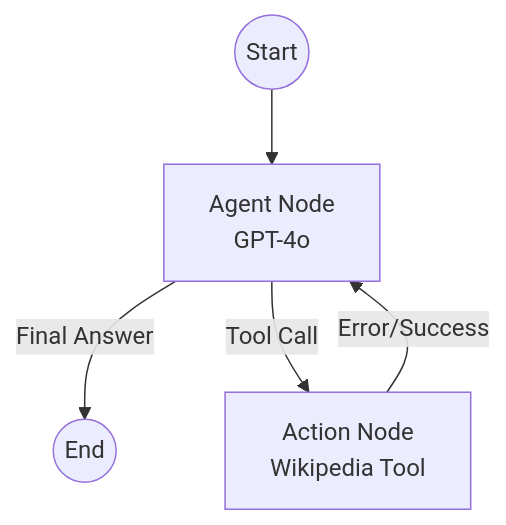
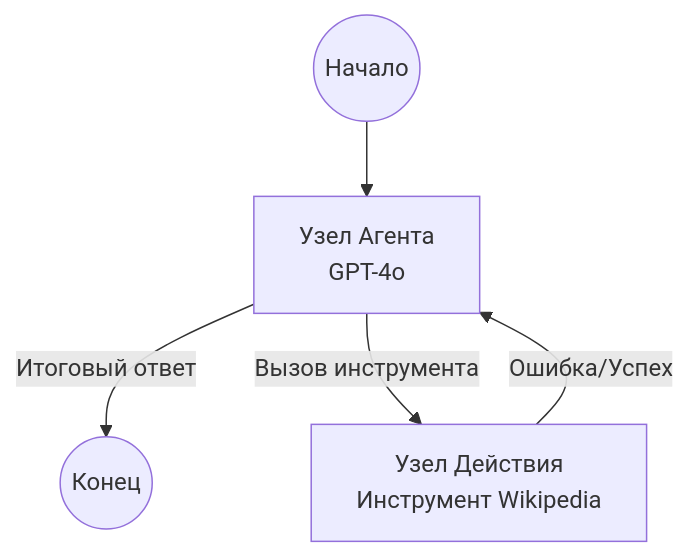
Before and after one commit to vsanyanov-ux/wikipedia-search-agent: the diagram in README.md, drawn with Mermaid. The commit also changed other lines of this file, not shown here.

````diff
--- a/README.md
+++ b/README.md
@@ -12,7 +12,7 @@
 ```mermaid
 graph TD
-    Start((Start)) --> Agent[Agent Node <br/>GPT-4o]
-    Agent -->|Final Answer| End((End))
-    Agent -->|Tool Call| Action[Action Node <br/>Wikipedia Tool]
-    Action -->|Error/Success| Agent
+    Start((Начало)) --> Agent[Узел Агента <br/>GPT-4o]
+    Agent -->|Итоговый ответ| End((Конец))
+    Agent -->|Вызов инструмента| Action[Узел Действия <br/>Инструмент Wikipedia]
+    Action -->|Ошибка/Успех| Agent
 ```
````
